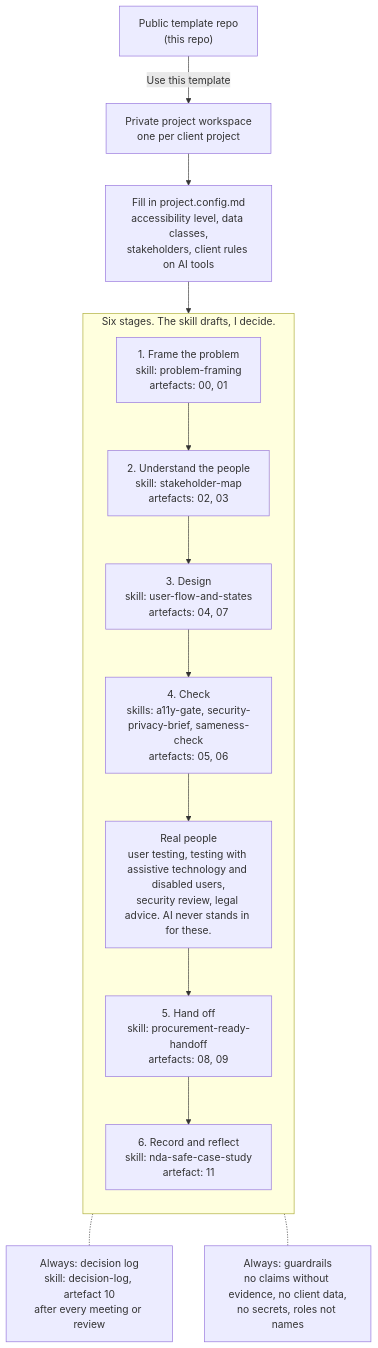
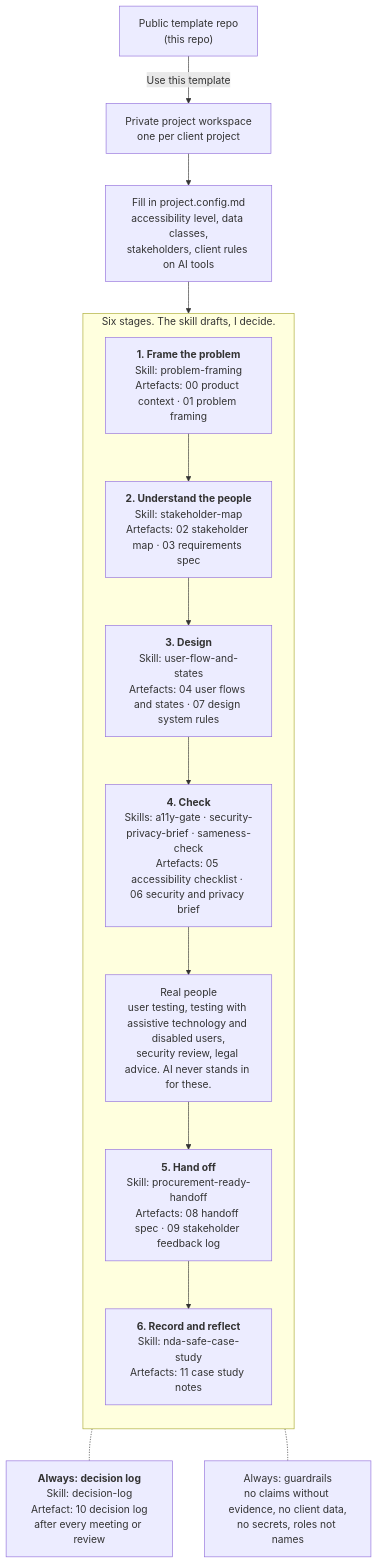
One commit to beritalasmaki/project-set-up-template changed the diagram in README.md. Above: the diagram before and after it, drawn with Mermaid. The commit also changed 2 other files, not shown here.

Commit message:
Format skill and document info in the process diagrams
Claude-Session: https://claude.ai/code/session_015M7xwrtszs2nSRjZ9Bacdz

````diff
--- a/README.md
+++ b/README.md
@@ -21,21 +21,21 @@
 ```mermaid
 flowchart TD
     T["Public template repo<br/>(this repo)"] -->|"Use this template"| W["Private project workspace<br/>one per client project"]
     W --> C["Fill in project.config.md<br/>accessibility level, data classes,<br/>stakeholders, client rules on AI tools"]
     C --> STAGES
 
     subgraph STAGES["Six stages. The skill drafts, I decide."]
         direction TB
-        S1["1. Frame the problem<br/>skill: problem-framing<br/>artefacts: 00, 01"]
-        S2["2. Understand the people<br/>skill: stakeholder-map<br/>artefacts: 02, 03"]
-        S3["3. Design<br/>skill: user-flow-and-states<br/>artefacts: 04, 07"]
-        S4["4. Check<br/>skills: a11y-gate, security-privacy-brief, sameness-check<br/>artefacts: 05, 06"]
+        S1["<b>1. Frame the problem</b><br/>Skill: problem-framing<br/>Artefacts: 00 product context · 01 problem framing"]
+        S2["<b>2. Understand the people</b><br/>Skill: stakeholder-map<br/>Artefacts: 02 stakeholder map · 03 requirements spec"]
+        S3["<b>3. Design</b><br/>Skill: user-flow-and-states<br/>Artefacts: 04 user flows and states · 07 design system rules"]
+        S4["<b>4. Check</b><br/>Skills: a11y-gate · security-privacy-brief · sameness-check<br/>Artefacts: 05 accessibility checklist · 06 security and privacy brief"]
         RP["Real people<br/>user testing, testing with assistive technology and disabled users,<br/>security review, legal advice. AI never stands in for these."]
-        S5["5. Hand off<br/>skill: procurement-ready-handoff<br/>artefacts: 08, 09"]
-        S6["6. Record and reflect<br/>skill: nda-safe-case-study<br/>artefact: 11"]
+        S5["<b>5. Hand off</b><br/>Skill: procurement-ready-handoff<br/>Artefacts: 08 handoff spec · 09 stakeholder feedback log"]
+        S6["<b>6. Record and reflect</b><br/>Skill: nda-safe-case-study<br/>Artefacts: 11 case study notes"]
         S1 --> S2 --> S3 --> S4 --> RP --> S5 --> S6
     end
 
-    STAGES -.- D["Always: decision log<br/>skill: decision-log, artefact 10<br/>after every meeting or review"]
+    STAGES -.- D["<b>Always: decision log</b><br/>Skill: decision-log<br/>Artefact: 10 decision log<br/>after every meeting or review"]
     STAGES -.- G["Always: guardrails<br/>no claims without evidence, no client data,<br/>no secrets, roles not names"]
 ```
````
